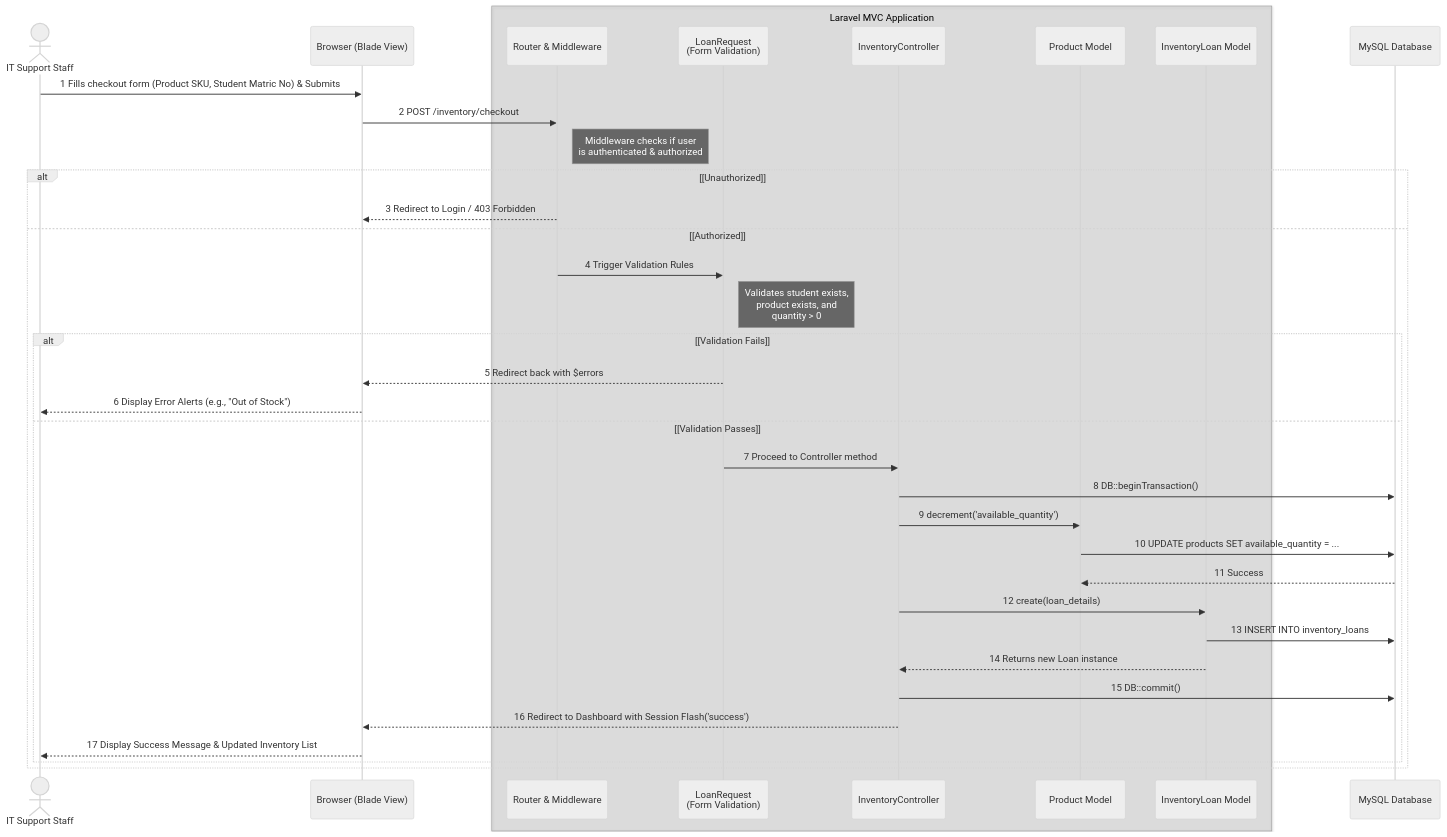
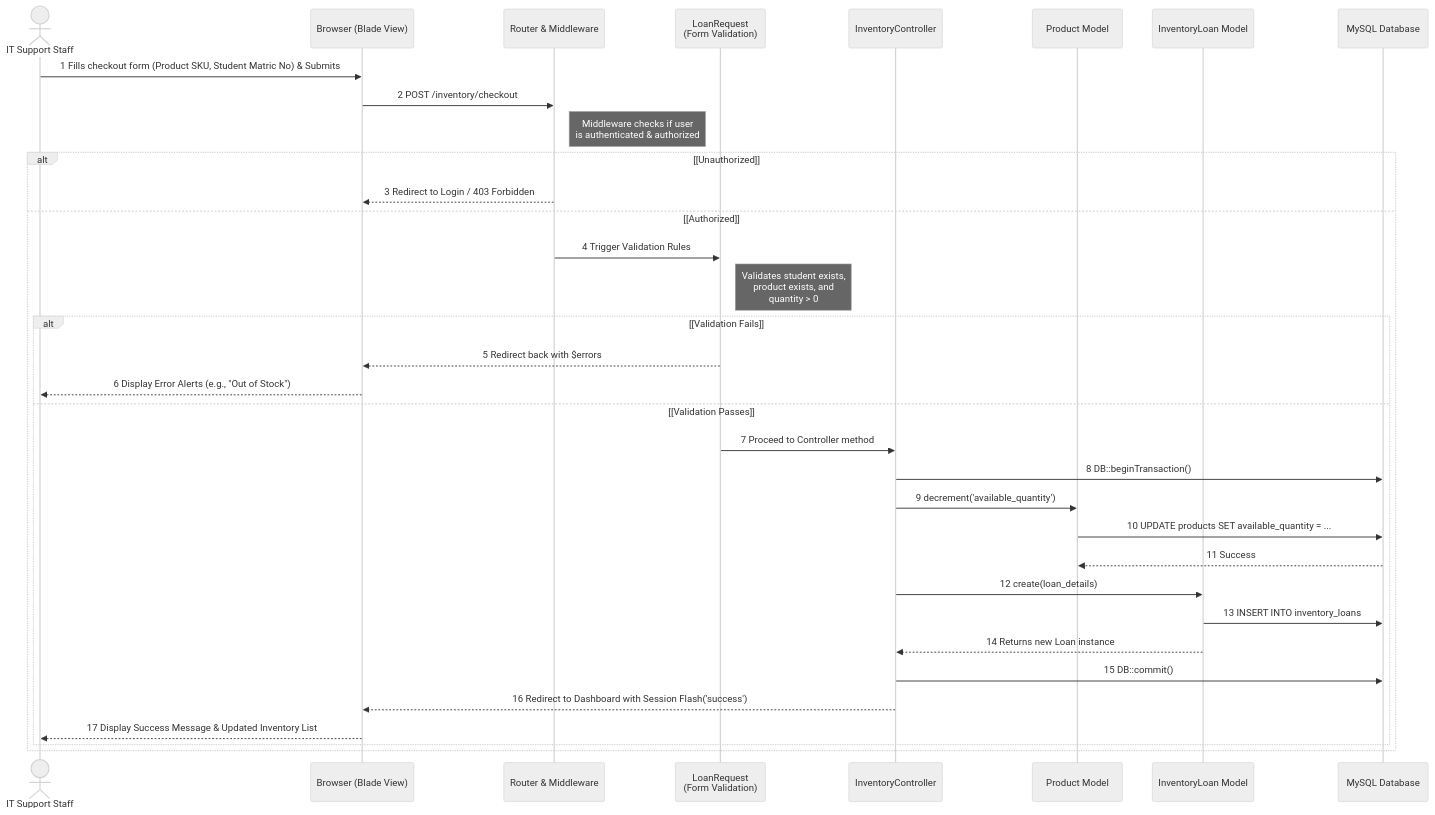
Before and after one commit to ColonizerFx/BigRadarProject: the fourth of 4 diagrams in README.md, drawn with Mermaid (neutral theme).

Commit message:
docs: remove box from mermaid sequence diagram

````diff
--- a/README.md
+++ b/README.md
@@ -337,50 +337,48 @@
 ```mermaid
 sequenceDiagram
     actor IT as IT Support Staff
     participant Browser as Browser (Blade View)
     
-    box rgba(128, 128, 128, 0.2) Laravel MVC Application
-        participant Router as Router & Middleware
-        participant Validator as LoanRequest<br/>(Form Validation)
-        participant Controller as InventoryController
-        participant Product as Product Model
-        participant Loan as InventoryLoan Model
-    end
+    participant Router as Router & Middleware
+    participant Validator as LoanRequest<br/>(Form Validation)
+    participant Controller as InventoryController
+    participant Product as Product Model
+    participant Loan as InventoryLoan Model
     
     participant DB as MySQL Database
 
     IT->>Browser: 1 Fills checkout form (Product SKU, Student Matric No) & Submits
     Browser->>Router: 2 POST /inventory/checkout
     
     Note right of Router: Middleware checks if user<br/>is authenticated & authorized
     
     alt [Unauthorized]
         Router-->>Browser: 3 Redirect to Login / 403 Forbidden
     else [Authorized]
         Router->>Validator: 4 Trigger Validation Rules
         
         Note right of Validator: Validates student exists,<br/>product exists, and<br/>quantity > 0
         
         alt [Validation Fails]
             Validator-->>Browser: 5 Redirect back with $errors
             Browser-->>IT: 6 Display Error Alerts (e.g., "Out of Stock")
         else [Validation Passes]
             Validator->>Controller: 7 Proceed to Controller method
             
             Controller->>DB: 8 DB::beginTransaction()
             
             Controller->>Product: 9 decrement('available_quantity')
             Product->>DB: 10 UPDATE products SET available_quantity = ...
             DB-->>Product: 11 Success
             
             Controller->>Loan: 12 create(loan_details)
             Loan->>DB: 13 INSERT INTO inventory_loans
             Loan-->>Controller: 14 Returns new Loan instance
             
             Controller->>DB: 15 DB::commit()
             
             Controller-->>Browser: 16 Redirect to Dashboard with Session Flash('success')
             Browser-->>IT: 17 Display Success Message & Updated Inventory List
         end
     end
 ```
````
